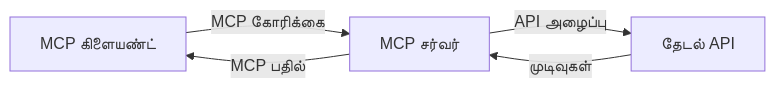
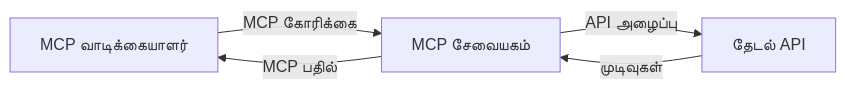
Before and after one commit to microsoft/mcp-for-beginners: the second of 4 diagrams in translations/ta/05-AdvancedTopics/mcp-realtimesearch/README.md, drawn with Mermaid. The commit also changed other lines of this file and 138 other files, not shown here.

````diff
--- a/translations/ta/05-AdvancedTopics/mcp-realtimesearch/README.md
+++ b/translations/ta/05-AdvancedTopics/mcp-realtimesearch/README.md
@@ -598,7 +600,7 @@
 ```mermaid
 graph LR
-    Client[MCP கிளையண்ட்] --> |MCP கோரிக்கை| Server[MCP சர்வர்]
+    Client[MCP வாடிக்கையாளர்] --> |MCP கோரிக்கை| Server[MCP சேவையகம்]
     Server --> |API அழைப்பு| SearchAPI[தேடல் API]
     SearchAPI --> |முடிவுகள்| Server
     Server --> |MCP பதில்| Client
 ```
````
